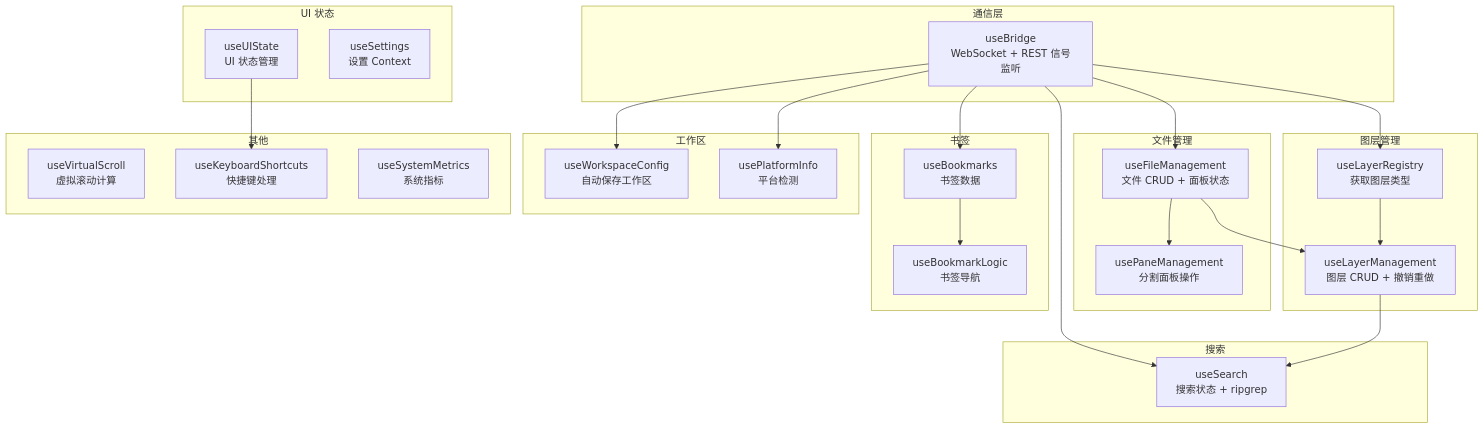
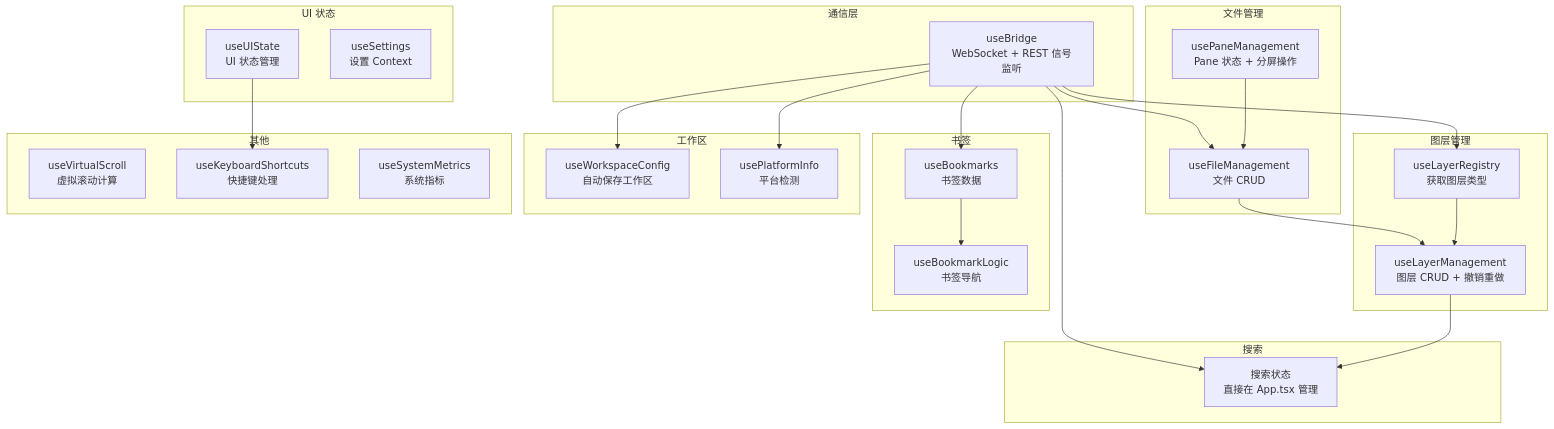
Before and after one commit to qmjianda/loglayer: diagram 13 of 27 in megatron_mermaid.md, drawn with Mermaid. The commit also changed other lines of this file and 63 other files, not shown here.

````diff
--- a/megatron_mermaid.md
+++ b/megatron_mermaid.md
@@ -734,58 +895,58 @@
 ```mermaid
 graph TB
     subgraph "通信层"
         BRIDGE[useBridge<br/>WebSocket + REST 信号监听]
     end
     
     subgraph "文件管理"
-        FILE_MGMT[useFileManagement<br/>文件 CRUD + 面板状态]
-        PANE_MGMT[usePaneManagement<br/>分割面板操作]
+        FILE_MGMT[useFileManagement<br/>文件 CRUD]
+        PANE_MGMT[usePaneManagement<br/>Pane 状态 + 分屏操作]
     end
     
     subgraph "图层管理"
         LAYER_REG[useLayerRegistry<br/>获取图层类型]
         LAYER_MGMT[useLayerManagement<br/>图层 CRUD + 撤销重做]
     end
     
     subgraph "搜索"
-        SEARCH[useSearch<br/>搜索状态 + ripgrep]
+        SEARCH[搜索状态<br/>直接在 App.tsx 管理]
     end
     
     subgraph "UI 状态"
         UI_STATE[useUIState<br/>UI 状态管理]
         SETTINGS[useSettings<br/>设置 Context]
     end
     
     subgraph "书签"
         BOOKMARKS[useBookmarks<br/>书签数据]
         BOOKMARK_LOGIC[useBookmarkLogic<br/>书签导航]
     end
     
     subgraph "工作区"
         WORKSPACE[useWorkspaceConfig<br/>自动保存工作区]
         PLATFORM[usePlatformInfo<br/>平台检测]
     end
     
     subgraph "其他"
         VIRTUAL_SCROLL[useVirtualScroll<br/>虚拟滚动计算]
         SHORTCUTS[useKeyboardShortcuts<br/>快捷键处理]
         METRICS[useSystemMetrics<br/>系统指标]
     end
     
     BRIDGE --> FILE_MGMT
     BRIDGE --> SEARCH
     BRIDGE --> BOOKMARKS
     BRIDGE --> WORKSPACE
     BRIDGE --> PLATFORM
     BRIDGE --> LAYER_REG
     
-    FILE_MGMT --> PANE_MGMT
+    PANE_MGMT --> FILE_MGMT
     FILE_MGMT --> LAYER_MGMT
     
     LAYER_REG --> LAYER_MGMT
     LAYER_MGMT --> SEARCH
     
     BOOKMARKS --> BOOKMARK_LOGIC
     
     UI_STATE --> SHORTCUTS
 ```
````
